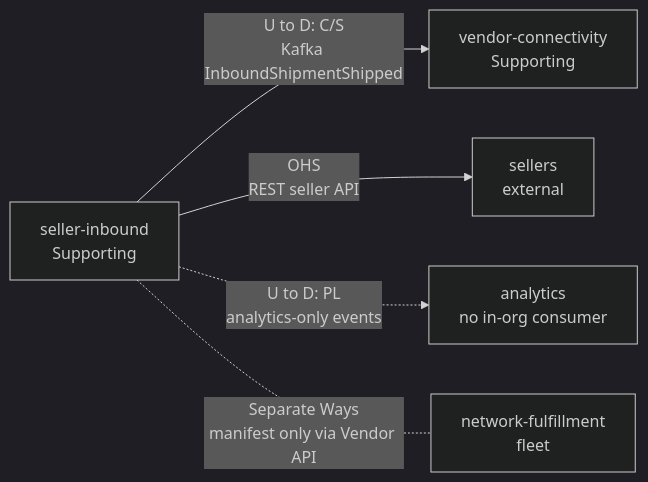
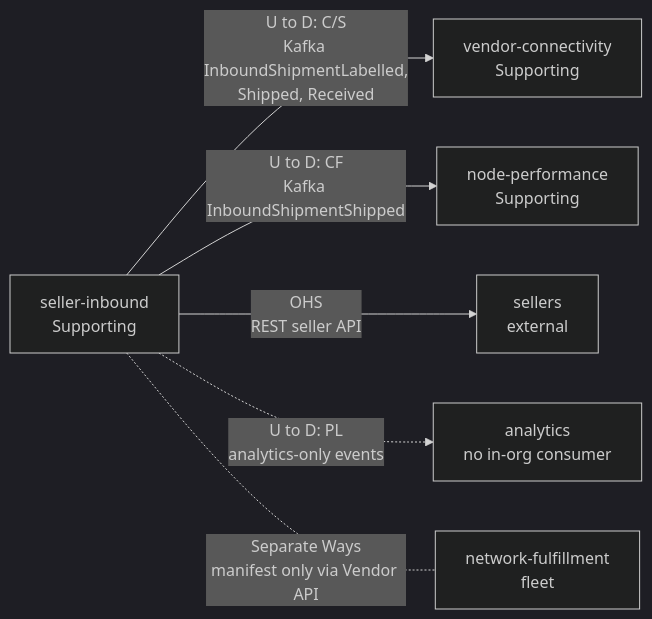
One commit to IQVO/warehouse-docs changed the second of 2 diagrams in network/docs/contexts/seller-inbound/context-map.md. Above: the diagram before and after it, drawn with Mermaid (dark theme). The commit also changed other lines of this file and 23 other files, not shown here.

Commit message:
docs(network): align seller-inbound pages, ADR 0009, gaps and Vendor API schema with contracts section 10

````diff
--- a/network/docs/contexts/seller-inbound/context-map.md
+++ b/network/docs/contexts/seller-inbound/context-map.md
@@ -34,12 +34,14 @@
 ```mermaid
 flowchart LR
     SI["seller-inbound<br/>Supporting"]
     VC["vendor-connectivity<br/>Supporting"]
     SEL["sellers<br/>external"]
     AN["analytics<br/>no in-org consumer"]
     NF["network-fulfillment<br/>fleet"]
-    SI -->|"U to D: C/S<br/>Kafka InboundShipmentShipped"| VC
+    NP["node-performance<br/>Supporting"]
+    SI -->|"U to D: C/S<br/>Kafka InboundShipmentLabelled,<br/>Shipped, Received"| VC
+    SI -->|"U to D: CF<br/>Kafka InboundShipmentShipped"| NP
     SI -->|"OHS<br/>REST seller API"| SEL
     SI -.->|"U to D: PL<br/>analytics-only events"| AN
     SI -. "Separate Ways<br/>manifest only via Vendor API" .- NF
 ```
````
